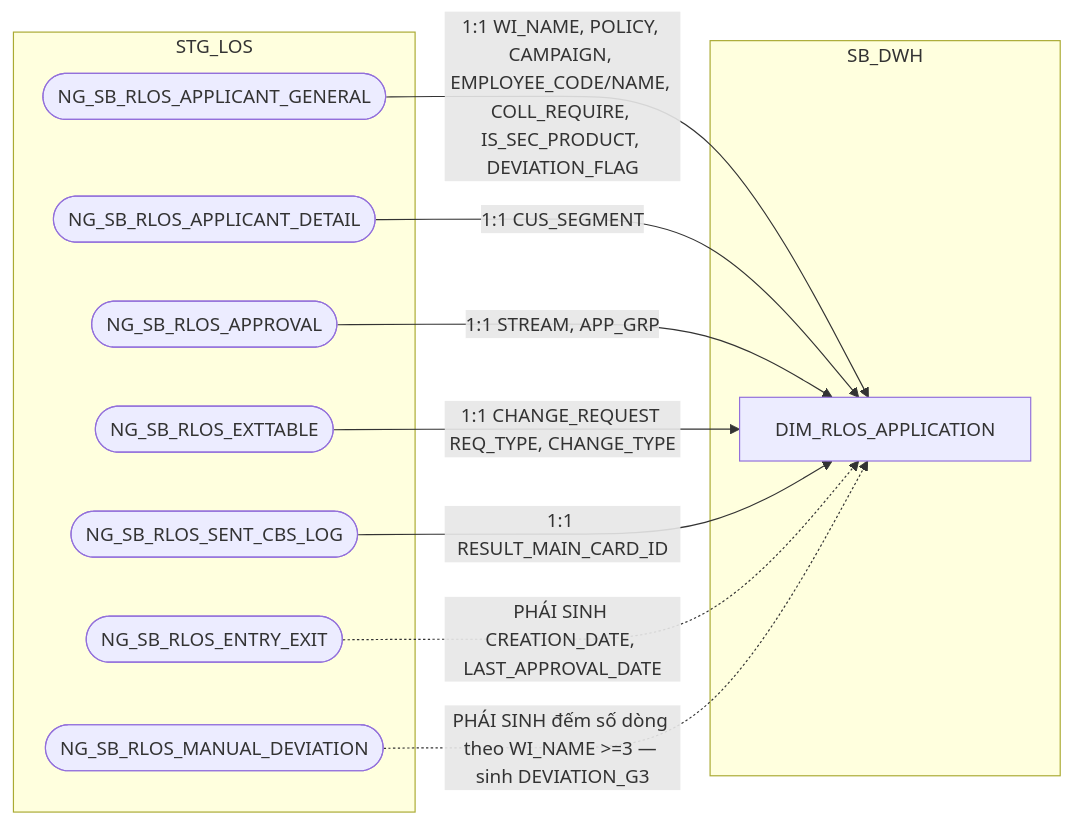
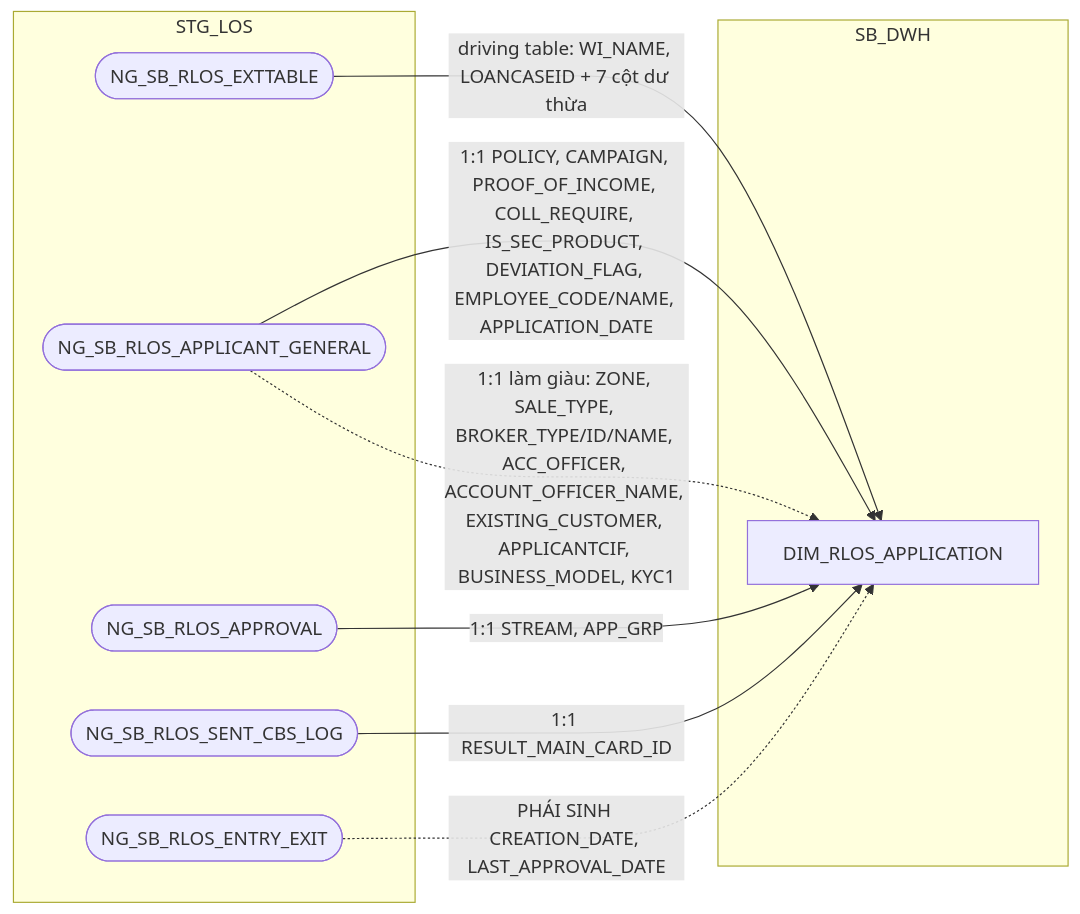
The eighth of 13 diagrams in hld/hld_review/HLD_DIM_SB_DWH_review.md (chien1198/sb-mapping-gen), drawn with Mermaid before and after one commit. The commit also changed other lines of this file and 183 other files, not shown here.

````diff
--- a/hld/hld_review/HLD_DIM_SB_DWH_review.md
+++ b/hld/hld_review/HLD_DIM_SB_DWH_review.md
@@ -529,22 +374,19 @@
 ```mermaid
 flowchart LR
     subgraph STG_LOS
         A(["NG_SB_RLOS_APPLICANT_GENERAL"])
-        B(["NG_SB_RLOS_APPLICANT_DETAIL"])
         C(["NG_SB_RLOS_APPROVAL"])
         D(["NG_SB_RLOS_EXTTABLE"])
         E(["NG_SB_RLOS_SENT_CBS_LOG"])
         F(["NG_SB_RLOS_ENTRY_EXIT"])
-        H(["NG_SB_RLOS_MANUAL_DEVIATION"])
     end
     subgraph SB_DWH
         G["DIM_RLOS_APPLICATION"]
     end
-    A -->|1:1 WI_NAME, POLICY, CAMPAIGN, EMPLOYEE_CODE/NAME, COLL_REQUIRE, IS_SEC_PRODUCT, DEVIATION_FLAG| G
-    B -->|1:1 CUS_SEGMENT| G
+    D -->|"driving table: WI_NAME, LOANCASEID + 7 cột dư thừa"| G
+    A -->|1:1 POLICY, CAMPAIGN, PROOF_OF_INCOME, COLL_REQUIRE, IS_SEC_PRODUCT, DEVIATION_FLAG, EMPLOYEE_CODE/NAME, APPLICATION_DATE| G
+    A -.->|"1:1 làm giàu: ZONE, SALE_TYPE, BROKER_TYPE/ID/NAME, ACC_OFFICER, ACCOUNT_OFFICER_NAME, EXISTING_CUSTOMER, APPLICANTCIF, BUSINESS_MODEL, KYC1"| G
     C -->|1:1 STREAM, APP_GRP| G
-    D -->|1:1 CHANGE_REQUEST REQ_TYPE, CHANGE_TYPE| G
     E -->|1:1 RESULT_MAIN_CARD_ID| G
     F -.->|PHÁI SINH CREATION_DATE, LAST_APPROVAL_DATE| G
-    H -.->|"PHÁI SINH đếm số dòng theo WI_NAME >=3 — sinh DEVIATION_G3"| G
 ```
````
